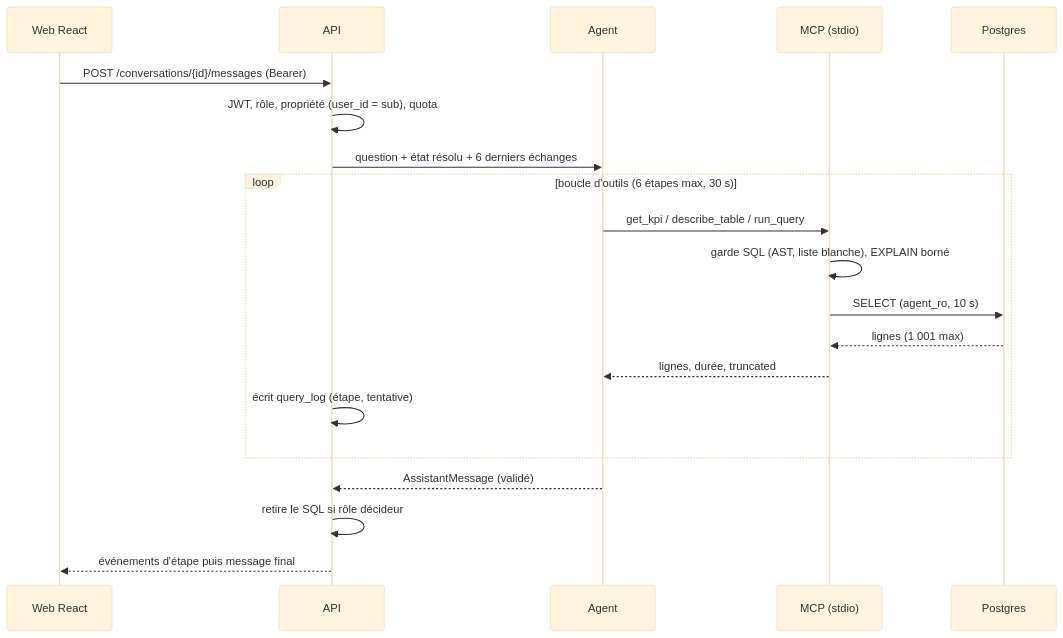
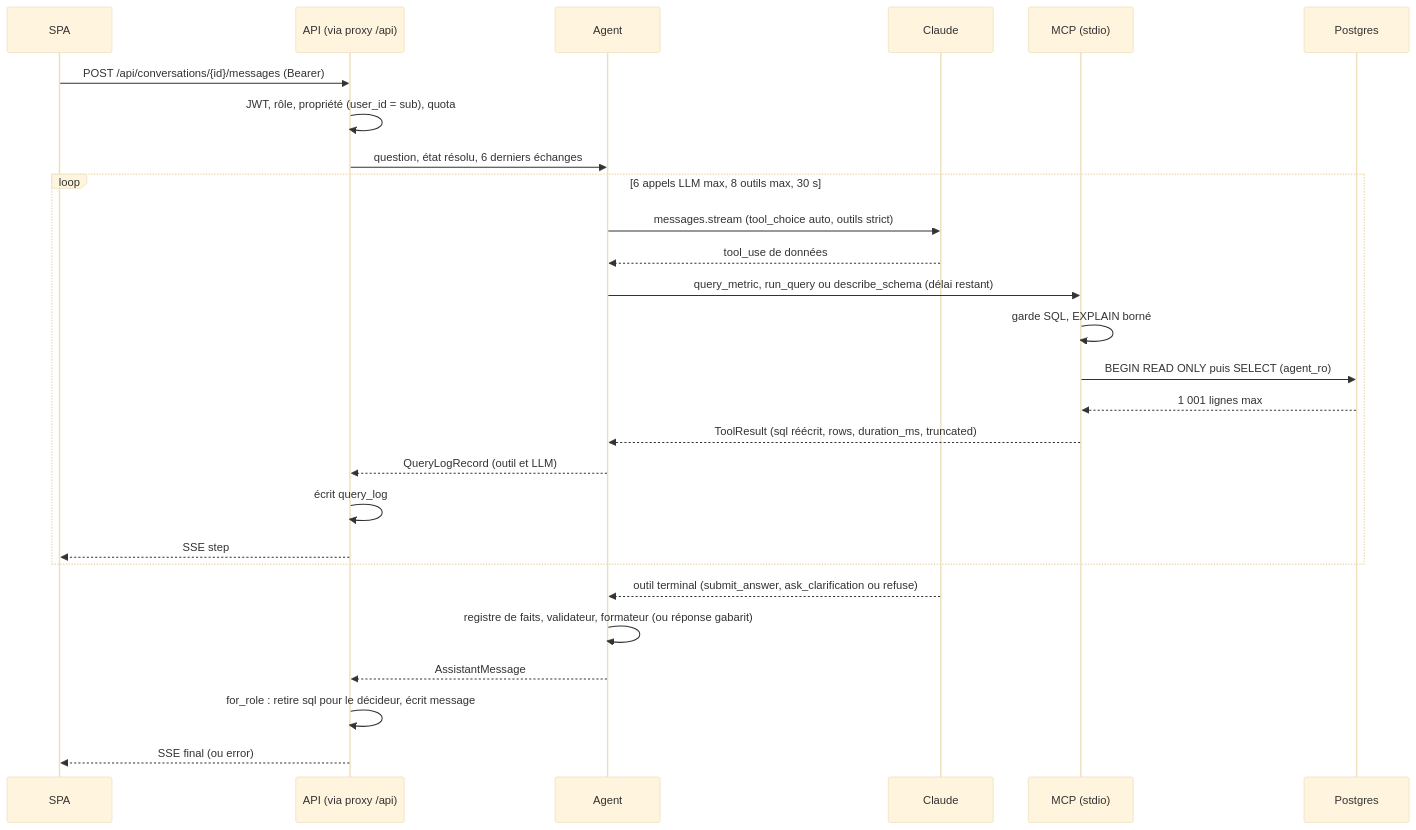
Before and after one commit to justefrank/decision-agent-IA: the fifth of 13 diagrams in docs/DIAGRAMS.md, drawn with Mermaid (base theme). The commit also changed other lines of this file and 47 other files, not shown here.

First line of the commit message:
docs: passage en v5 (MVP, query_metric, citation par référence, évaluation sur le test seul, intégration Claude) et diagrammes re-rendus

````diff
--- a/docs/DIAGRAMS.md
+++ b/docs/DIAGRAMS.md
@@ -199,22 +260,29 @@
 ```mermaid
 sequenceDiagram
-  participant W as Web React
-  participant A as API
+  participant W as SPA
+  participant A as API (via proxy /api)
   participant G as Agent
+  participant L as Claude
   participant M as MCP (stdio)
   participant D as Postgres
-  W->>A: POST /conversations/{id}/messages (Bearer)
+  W->>A: POST /api/conversations/{id}/messages (Bearer)
   A->>A: JWT, rôle, propriété (user_id = sub), quota
-  A->>G: question + état résolu + 6 derniers échanges
-  loop boucle d'outils (6 étapes max, 30 s)
-    G->>M: get_kpi / describe_table / run_query
-    M->>M: garde SQL (AST, liste blanche), EXPLAIN borné
-    M->>D: SELECT (agent_ro, 10 s)
-    D-->>M: lignes (1 001 max)
-    M-->>G: lignes, durée, truncated
-    A->>A: écrit query_log (étape, tentative)
+  A->>G: question, état résolu, 6 derniers échanges
+  loop 6 appels LLM max, 8 outils max, 30 s
+    G->>L: messages.stream (tool_choice auto, outils strict)
+    L-->>G: tool_use de données
+    G->>M: query_metric, run_query ou describe_schema (délai restant)
+    M->>M: garde SQL, EXPLAIN borné
+    M->>D: BEGIN READ ONLY puis SELECT (agent_ro)
+    D-->>M: 1 001 lignes max
+    M-->>G: ToolResult (sql réécrit, rows, duration_ms, truncated)
+    G-->>A: QueryLogRecord (outil et LLM)
+    A->>A: écrit query_log
+    A-->>W: SSE step
   end
-  G-->>A: AssistantMessage (validé)
-  A->>A: retire le SQL si rôle décideur
-  A-->>W: événements d'étape puis message final
+  L-->>G: outil terminal (submit_answer, ask_clarification ou refuse)
+  G->>G: registre de faits, validateur, formateur (ou réponse gabarit)
+  G-->>A: AssistantMessage
+  A->>A: for_role : retire sql pour le décideur, écrit message
+  A-->>W: SSE final (ou error)
 ```
````
